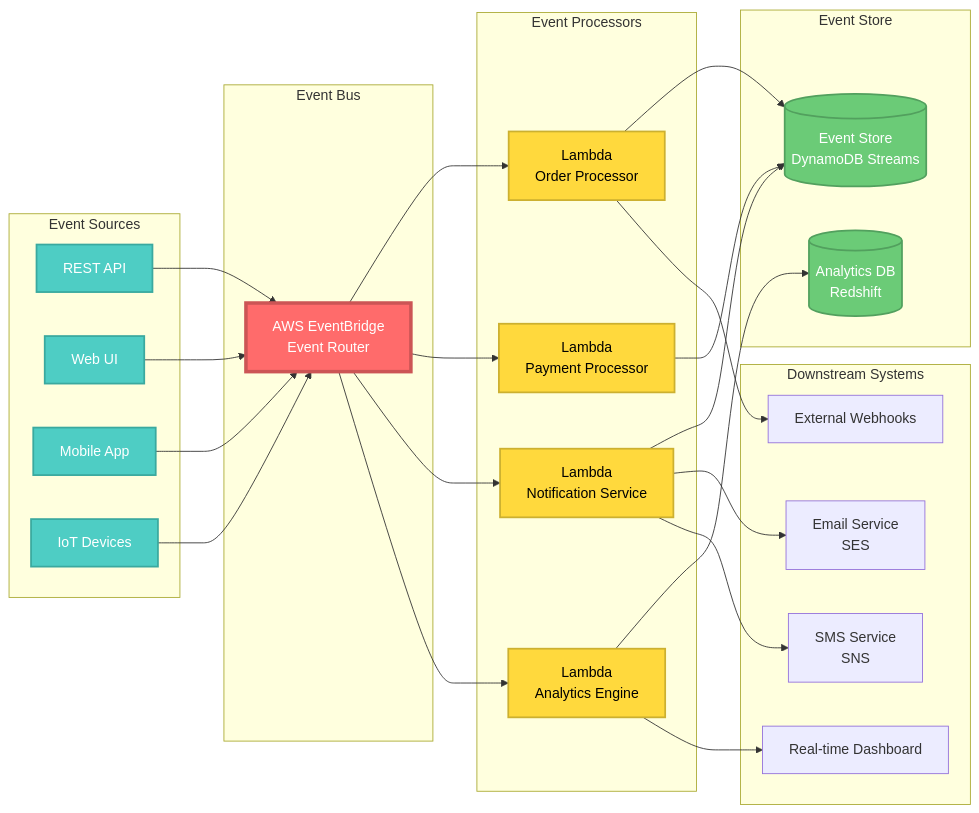
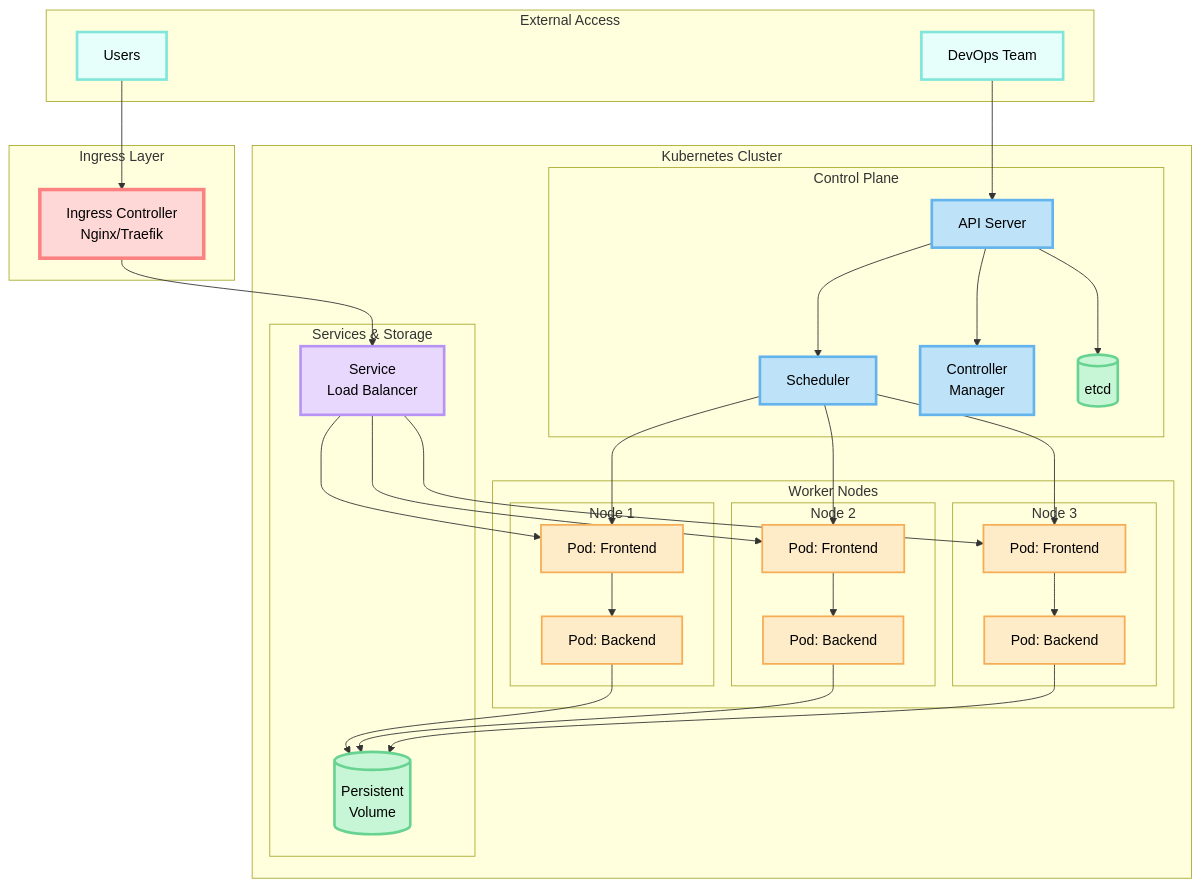
One commit to saugatapaul1010/RAG-Corrective changed the third of 17 diagrams in Sample_Drawings.md. Above: the diagram before and after it, drawn with Mermaid. The commit also changed other lines of this file, not shown here.

````diff
--- a/Sample_Drawings.md
+++ b/Sample_Drawings.md
@@ -175,64 +162,87 @@
 ```mermaid
-graph LR
-    subgraph "Event Sources"
-        API[REST API]
-        UI[Web UI]
-        Mobile[Mobile App]
-        IoT[IoT Devices]
+graph TB
+    subgraph External["External Access"]
+        Users["Users"]
+        DevOps["DevOps Team"]
     end
     
-    subgraph "Event Bus"
-        EventBridge[AWS EventBridge<br/>Event Router]
+    subgraph Ingress["Ingress Layer"]
+        IngressCtrl["Ingress Controller<br/>Nginx/Traefik"]
     end
     
-    subgraph "Event Processors"
-        Lambda1[Lambda<br/>Order Processor]
-        Lambda2[Lambda<br/>Payment Processor]
-        Lambda3[Lambda<br/>Notification Service]
-        Lambda4[Lambda<br/>Analytics Engine]
+    subgraph K8s["Kubernetes Cluster"]
+        subgraph ControlPlane["Control Plane"]
+            API["API Server"]
+            Scheduler["Scheduler"]
+            Controller["Controller<br/>Manager"]
+            ETCD[("etcd")]
+        end
+        
+        subgraph Workers["Worker Nodes"]
+            subgraph Node1["Node 1"]
+                Pod1["Pod: Frontend"]
+                Pod2["Pod: Backend"]
+            end
+            
+            subgraph Node2["Node 2"]
+                Pod3["Pod: Frontend"]
+                Pod4["Pod: Backend"]
+            end
+            
+            subgraph Node3["Node 3"]
+                Pod5["Pod: Frontend"]
+                Pod6["Pod: Backend"]
+            end
+        end
+        
+        subgraph Services["Services & Storage"]
+            SVC["Service<br/>Load Balancer"]
+            PV[("Persistent<br/>Volume")]
+        end
     end
     
-    subgraph "Event Store"
-        EventStore[(Event Store<br/>DynamoDB Streams)]
-        Analytics[(Analytics DB<br/>Redshift)]
-    end
+    Users --> IngressCtrl
+    DevOps --> API
     
-    subgraph "Downstream Systems"
-        Email[Email Service<br/>SES]
-        SMS[SMS Service<br/>SNS]
-        Webhook[External Webhooks]
-        Dashboard[Real-time Dashboard]
-    end
+    IngressCtrl --> SVC
     
-    API --> EventBridge
-    UI --> EventBridge
-    Mobile --> EventBridge
-    IoT --> EventBridge
+    API --> Scheduler
+    API --> Controller
+    API --> ETCD
     
-    EventBridge --> Lambda1
-    EventBridge --> Lambda2
-    EventBridge --> Lambda3
-    EventBridge --> Lambda4
+    Scheduler --> Pod1
+    Scheduler --> Pod3
+    Scheduler --> Pod5
     
-    Lambda1 --> EventStore
-    Lambda2 --> EventStore
-    Lambda3 --> EventStore
-    Lambda4 --> Analytics
+    SVC --> Pod1
+    SVC --> Pod3
+    SVC --> Pod5
     
-    Lambda3 --> Email
-    Lambda3 --> SMS
-    Lambda1 --> Webhook
-    Lambda4 --> Dashboard
+    Pod1 --> Pod2
+    Pod3 --> Pod4
+    Pod5 --> Pod6
     
-    style API fill:#4ECDC4,stroke:#3AA99F,stroke-width:2px,color:#fff
-    style UI fill:#4ECDC4,stroke:#3AA99F,stroke-width:2px,color:#fff
-    style Mobile fill:#4ECDC4,stroke:#3AA99F,stroke-width:2px,color:#fff
-    style IoT fill:#4ECDC4,stroke:#3AA99F,stroke-width:2px,color:#fff
-    style EventBridge fill:#FF6B6B,stroke:#CC5555,stroke-width:4px,color:#fff
-    style Lambda1 fill:#FFD93D,stroke:#CCB030,stroke-width:2px,color:#000
-    style Lambda2 fill:#FFD93D,stroke:#CCB030,stroke-width:2px,color:#000
-    style Lambda3 fill:#FFD93D,stroke:#CCB030,stroke-width:2px,color:#000
-    style Lambda4 fill:#FFD93D,stroke:#CCB030,stroke-width:2px,color:#000
-    style EventStore fill:#6BCB77,stroke:#52A05E,stroke-width:2px,color:#fff
-    style Analytics fill:#6BCB77,stroke:#52A05E,stroke-width:2px,color:#fff
+    Pod2 --> PV
+    Pod4 --> PV
+    Pod6 --> PV
+    
+    style Users fill:#E6FFFA,stroke:#81E6D9,stroke-width:3px,color:#000
+    style DevOps fill:#E6FFFA,stroke:#81E6D9,stroke-width:3px,color:#000
+    
+    style IngressCtrl fill:#FED7D7,stroke:#FC8181,stroke-width:4px,color:#000
+    
+    style API fill:#BEE3F8,stroke:#63B3ED,stroke-width:3px,color:#000
+    style Scheduler fill:#BEE3F8,stroke:#63B3ED,stroke-width:3px,color:#000
+    style Controller fill:#BEE3F8,stroke:#63B3ED,stroke-width:3px,color:#000
+    style ETCD fill:#C6F6D5,stroke:#68D391,stroke-width:3px,color:#000
+    
+    style Pod1 fill:#FEEBC8,stroke:#F6AD55,stroke-width:2px,color:#000
+    style Pod2 fill:#FEEBC8,stroke:#F6AD55,stroke-width:2px,color:#000
+    style Pod3 fill:#FEEBC8,stroke:#F6AD55,stroke-width:2px,color:#000
+    style Pod4 fill:#FEEBC8,stroke:#F6AD55,stroke-width:2px,color:#000
+    style Pod5 fill:#FEEBC8,stroke:#F6AD55,stroke-width:2px,color:#000
+    style Pod6 fill:#FEEBC8,stroke:#F6AD55,stroke-width:2px,color:#000
+    
+    style SVC fill:#E9D8FD,stroke:#B794F4,stroke-width:3px,color:#000
+    style PV fill:#C6F6D5,stroke:#68D391,stroke-width:3px,color:#000
 ```
````
